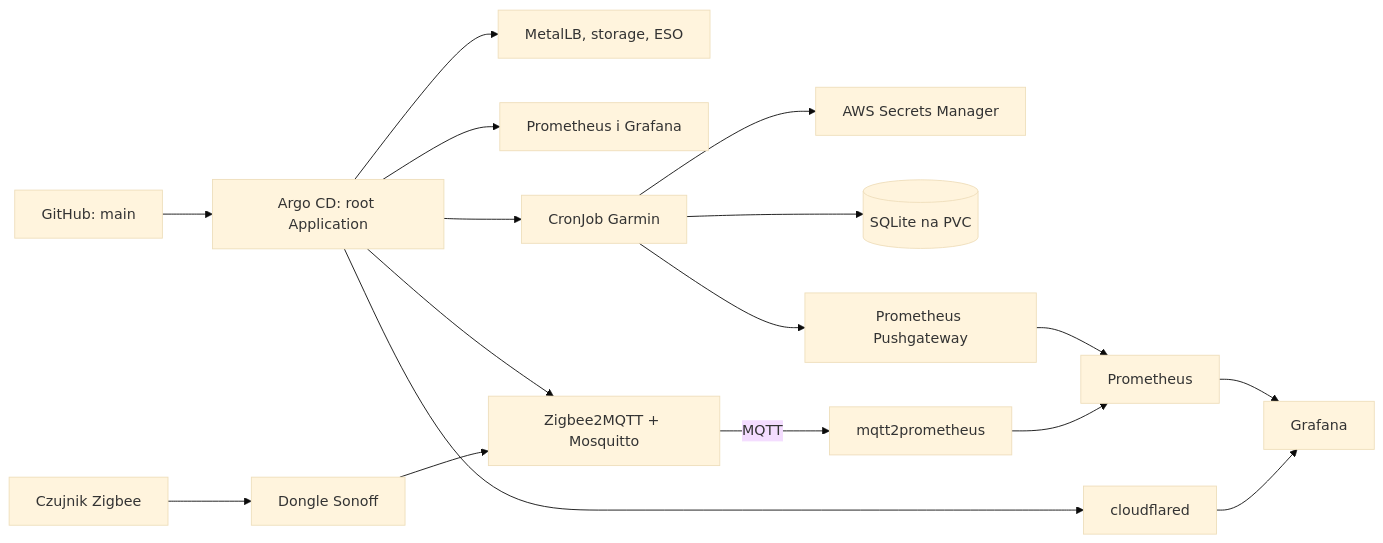
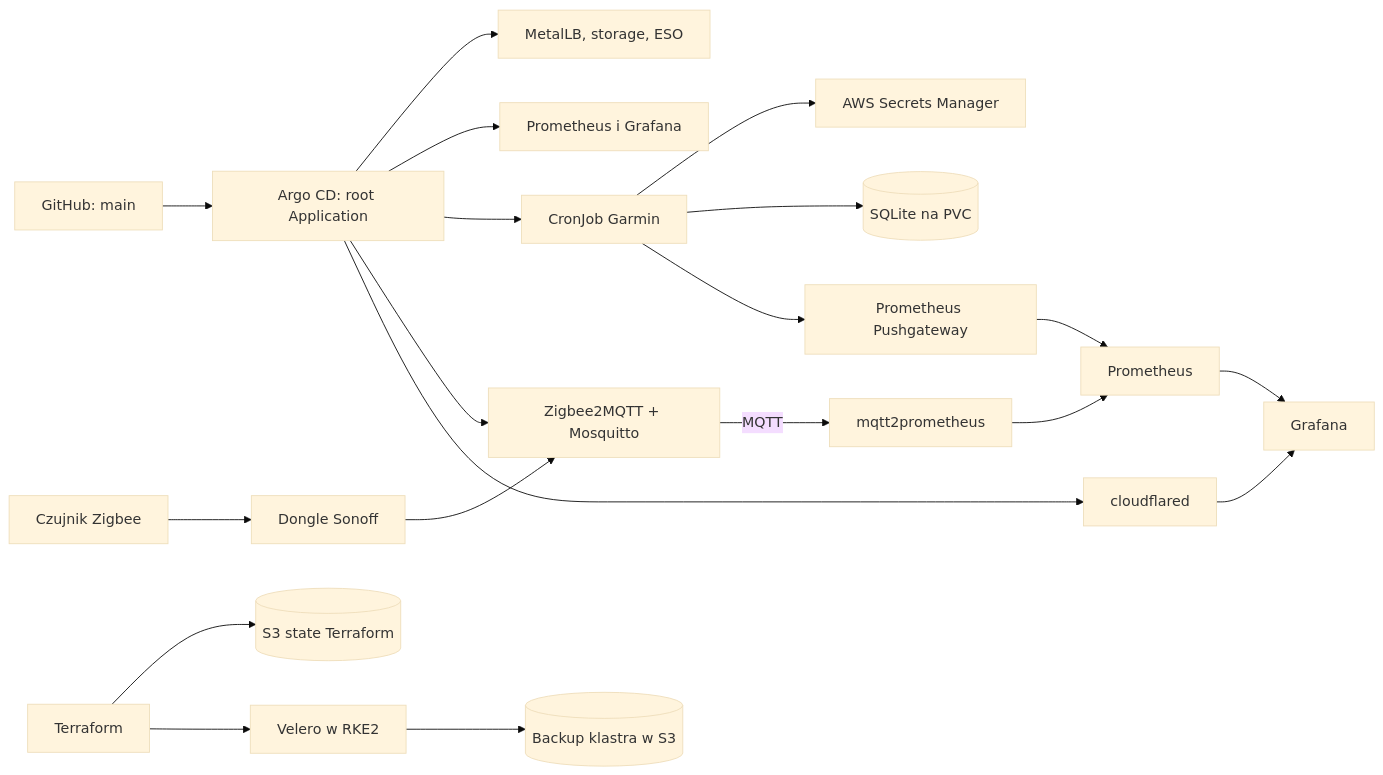
Before and after one commit to andsidor/HomeLab: the second of 2 diagrams in README.md, drawn with Mermaid (base theme). The commit also changed other lines of this file and 4 other files, not shown here.

````diff
--- a/README.md
+++ b/README.md
@@ -184,18 +268,21 @@
 ```mermaid
 flowchart LR
   Git[GitHub: main] --> Root[Argo CD: root Application]
   Root --> Infra[MetalLB, storage, ESO]
   Root --> Monitor[Prometheus i Grafana]
   Root --> Garmin[CronJob Garmin]
   Garmin --> AWS[AWS Secrets Manager]
   Garmin --> PVC[(SQLite na PVC)]
   Garmin --> Pushgateway[Prometheus Pushgateway]
   Pushgateway --> Prometheus[Prometheus]
   Prometheus --> Grafana[Grafana]
   Root --> Z2M[Zigbee2MQTT + Mosquitto]
   Sensor[Czujnik Zigbee] --> Dongle[Dongle Sonoff] --> Z2M
   Z2M -->|MQTT| Exporter[mqtt2prometheus]
   Exporter --> Prometheus
   Root --> CF[cloudflared]
   CF --> Grafana
+  Terraform[Terraform] --> StateS3[(S3 state Terraform)]
+  Terraform --> Velero[Velero w RKE2]
+  Velero --> BackupS3[(Backup klastra w S3)]
 ```
````
